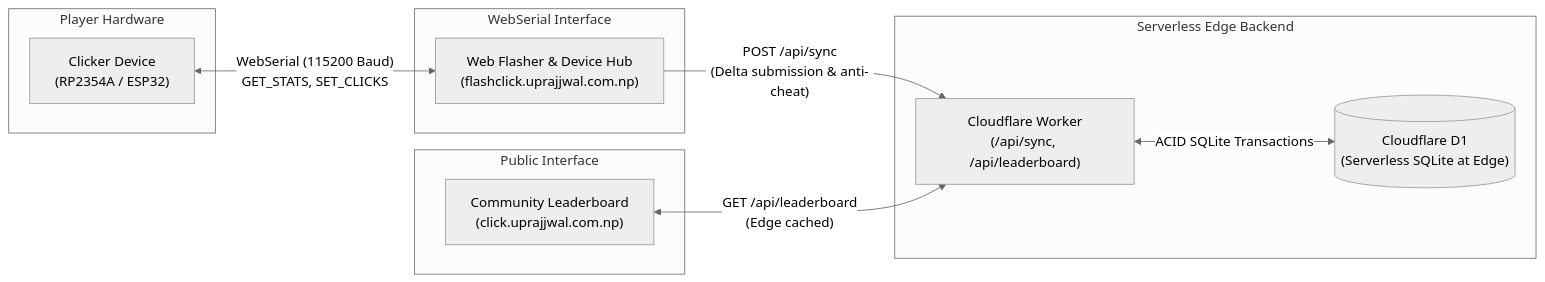
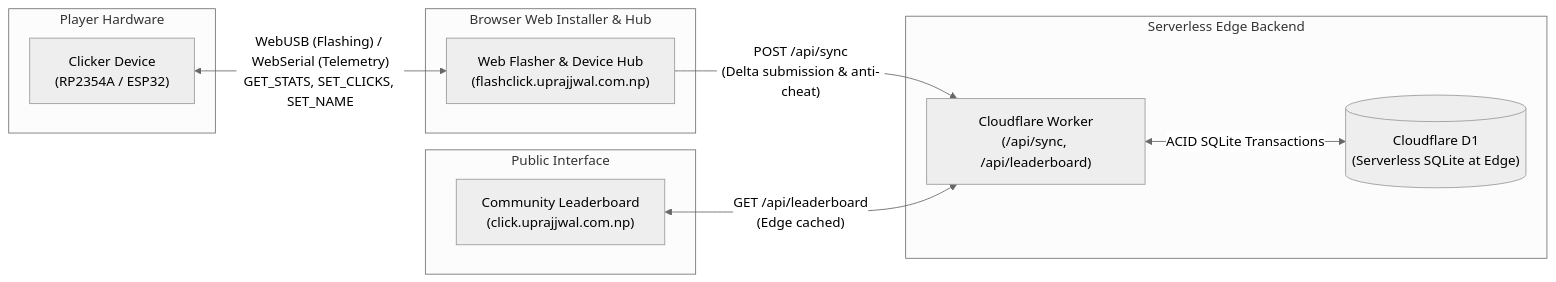
Before and after one commit to prajjwalprajjwal/Click: the diagram in docs/leaderboard_architecture.md, drawn with Mermaid (neutral theme). The commit also changed other lines of this file and 8 other files, not shown here.

````diff
--- a/docs/leaderboard_architecture.md
+++ b/docs/leaderboard_architecture.md
@@ -9,24 +9,24 @@
 ```mermaid
 flowchart LR
     subgraph Client["Player Hardware"]
         DEV["Clicker Device\n(RP2354A / ESP32)"]
     end
 
-    subgraph Flashing["WebSerial Interface"]
+    subgraph Flashing["Browser Web Installer & Hub"]
         WF["Web Flasher & Device Hub\n(flashclick.uprajjwal.com.np)"]
     end
 
     subgraph Cloud["Serverless Edge Backend"]
         API["Cloudflare Worker\n(/api/sync, /api/leaderboard)"]
         DB[("Cloudflare D1\n(Serverless SQLite at Edge)")]
     end
 
     subgraph Web["Public Interface"]
         SITE["Community Leaderboard\n(click.uprajjwal.com.np)"]
     end
 
-    DEV <-->|"WebSerial (115200 Baud)\nGET_STATS, SET_CLICKS"| WF
+    DEV <-->|"WebUSB (Flashing) / WebSerial (Telemetry)\nGET_STATS, SET_CLICKS, SET_NAME"| WF
     WF -->|"POST /api/sync\n(Delta submission & anti-cheat)"| API
     API <-->|"ACID SQLite Transactions"| DB
     SITE <-->|"GET /api/leaderboard\n(Edge cached)"| API
 ```
````
